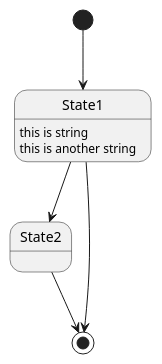
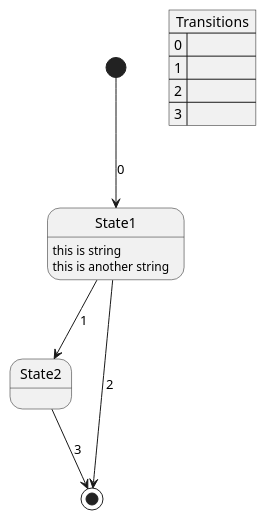
One commit to Konstantin-Dudersky/dataclass_to_diagram_rs changed the diagram in dataclass_to_diagram_rs_test/diagrams/state_machine_1.puml. Above: the diagram before and after it, drawn with PlantUML. The commit also changed 12 other files, not shown here.

```diff
--- a/dataclass_to_diagram_rs_test/diagrams/state_machine_1.puml
+++ b/dataclass_to_diagram_rs_test/diagrams/state_machine_1.puml
@@ -1,15 +1,22 @@
 @startuml
 
 state Start <<start>>
 state "State1" as State1
 State1 : this is string
 State1 : this is another string
 state "State2" as State2
 state End <<end>>
 
-Start --> State1
-State1 --> State2
-State1 --> End
-State2 --> End
+Start --> State1 : 0
+State1 --> State2 : 1
+State1 --> End : 2
+State2 --> End : 3
+
+json Transitions {
+    "0": "",
+    "1": "",
+    "2": "",
+    "3": ""
+}
 
 @enduml
```
